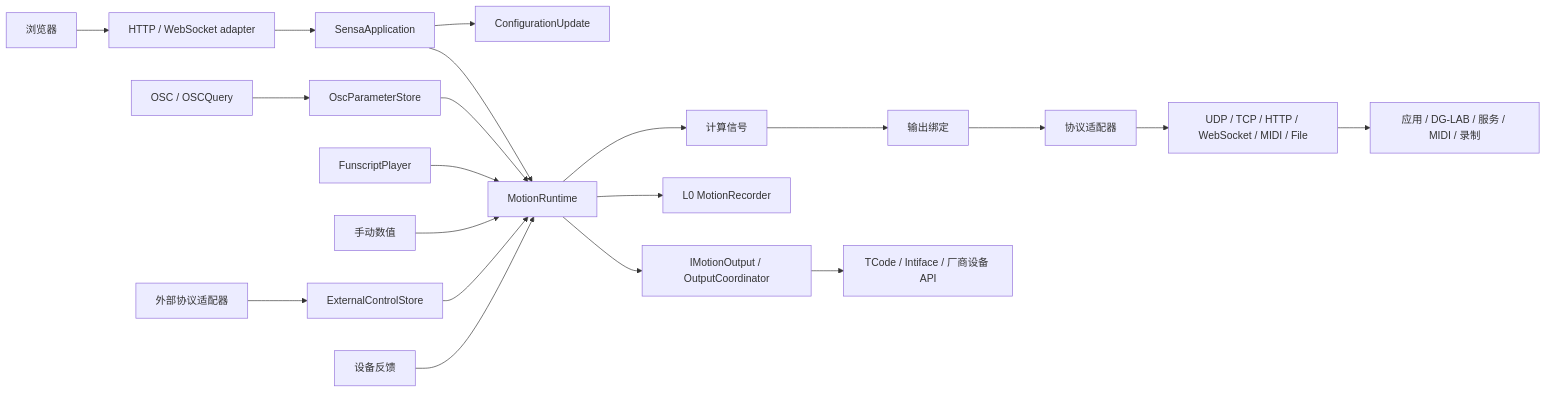
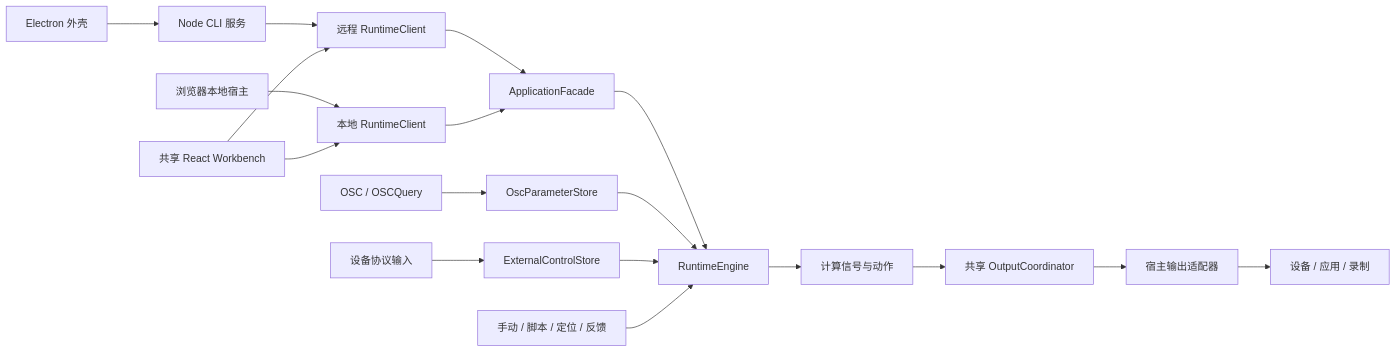
Before and after one commit to SeaLoong/Sensa: the diagram in docs/architecture.md, drawn with Mermaid. The commit also changed other lines of this file and 399 other files, not shown here.

Commit message:
feat: migrate Sensa runtime to shared TypeScript and Electron

````diff
--- a/docs/architecture.md
+++ b/docs/architecture.md
@@ -9,22 +17,20 @@
 ```mermaid
 flowchart LR
-  Browser[浏览器] --> HTTP[HTTP / WebSocket adapter]
-  HTTP --> App[SensaApplication]
-  App --> Config[ConfigurationUpdate]
-  App --> Runtime[MotionRuntime]
-  OSC[OSC / OSCQuery] --> Store[OscParameterStore]
+  Electron["Electron 外壳"] --> Node["Node CLI 服务"]
+  Node --> Remote["远程 RuntimeClient"]
+  Page["浏览器本地宿主"] --> Local["本地 RuntimeClient"]
+  UI["共享 React Workbench"] --> Remote
+  UI --> Local
+  Remote --> App["ApplicationFacade"]
+  Local --> App
+  App --> Runtime["RuntimeEngine"]
+  OSC["OSC / OSCQuery"] --> Store["OscParameterStore"]
   Store --> Runtime
-  Script[FunscriptPlayer] --> Runtime
-  Manual[手动数值] --> Runtime
-  External[外部协议适配器] --> Commands[ExternalControlStore]
+  Inputs["设备协议输入"] --> Commands["ExternalControlStore"]
   Commands --> Runtime
-  Feedback[设备反馈] --> Runtime
-  Runtime --> Compute[计算信号]
-  Compute --> Bindings[输出绑定]
-  Bindings --> Protocol[协议适配器]
-  Protocol --> Transport[UDP / TCP / HTTP / WebSocket / MIDI / File]
-  Transport --> Destinations[应用 / DG-LAB / 服务 / MIDI / 录制]
-  Runtime --> Record[L0 MotionRecorder]
-  Runtime --> Output[IMotionOutput / OutputCoordinator]
-  Output --> Devices[TCode / Intiface / 厂商设备 API]
+  Sources["手动 / 脚本 / 定位 / 反馈"] --> Runtime
+  Runtime --> Compute["计算信号与动作"]
+  Compute --> Outputs["共享 OutputCoordinator"]
+  Outputs --> Adapters["宿主输出适配器"]
+  Adapters --> Destinations["设备 / 应用 / 录制"]
 ```
````
